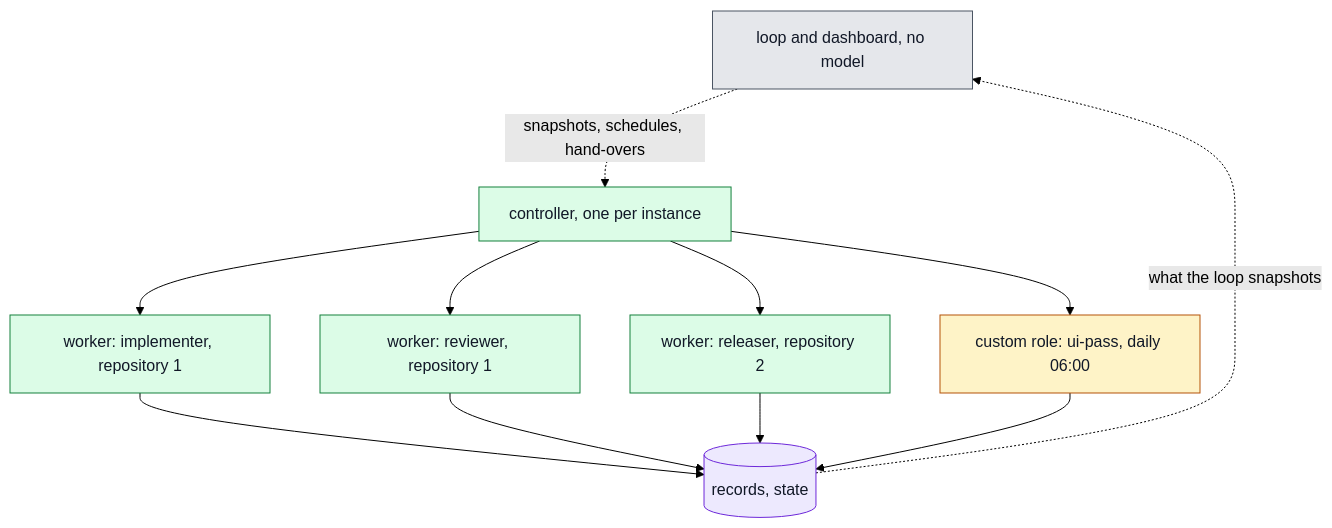
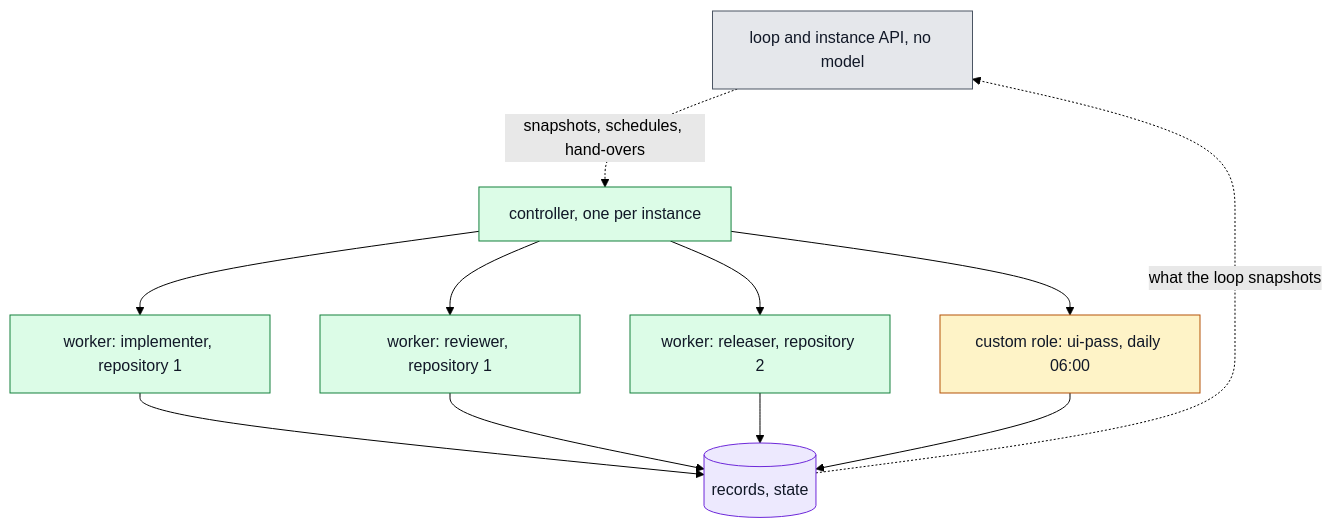
The fifth of 12 diagrams in website/docs/concepts/architecture.md (beyond10x/conductor), drawn with Mermaid (forest theme) before and after one commit. The commit also changed other lines of this file and 1 other file, not shown here.

````diff
--- a/website/docs/concepts/architecture.md
+++ b/website/docs/concepts/architecture.md
@@ -268,19 +270,19 @@
 ```mermaid
 flowchart TB
   classDef model fill:#dcfce7,stroke:#15803d,color:#111827
   classDef nomodel fill:#e5e7eb,stroke:#4b5563,color:#111827
   classDef custom fill:#fef3c7,stroke:#b45309,color:#111827
   classDef store fill:#ede9fe,stroke:#6d28d9,color:#111827
-  la["loop and dashboard, no model"]:::nomodel
+  la["loop and instance API, no model"]:::nomodel
   ca["controller, one per instance"]:::model
   la -.->|snapshots, schedules, hand-overs| ca
   ca --> w1["worker: implementer, repository 1"]:::model
   ca --> w2["worker: reviewer, repository 1"]:::model
   ca --> w3["worker: releaser, repository 2"]:::model
   ca --> x["custom role: ui-pass, daily 06:00"]:::custom
   w1 --> st[("records, state")]:::store
   w2 --> st
   w3 --> st
   x --> st
   st -.->|what the loop snapshots| la
 ```
````
